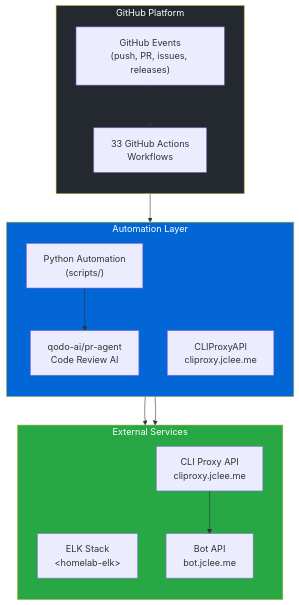
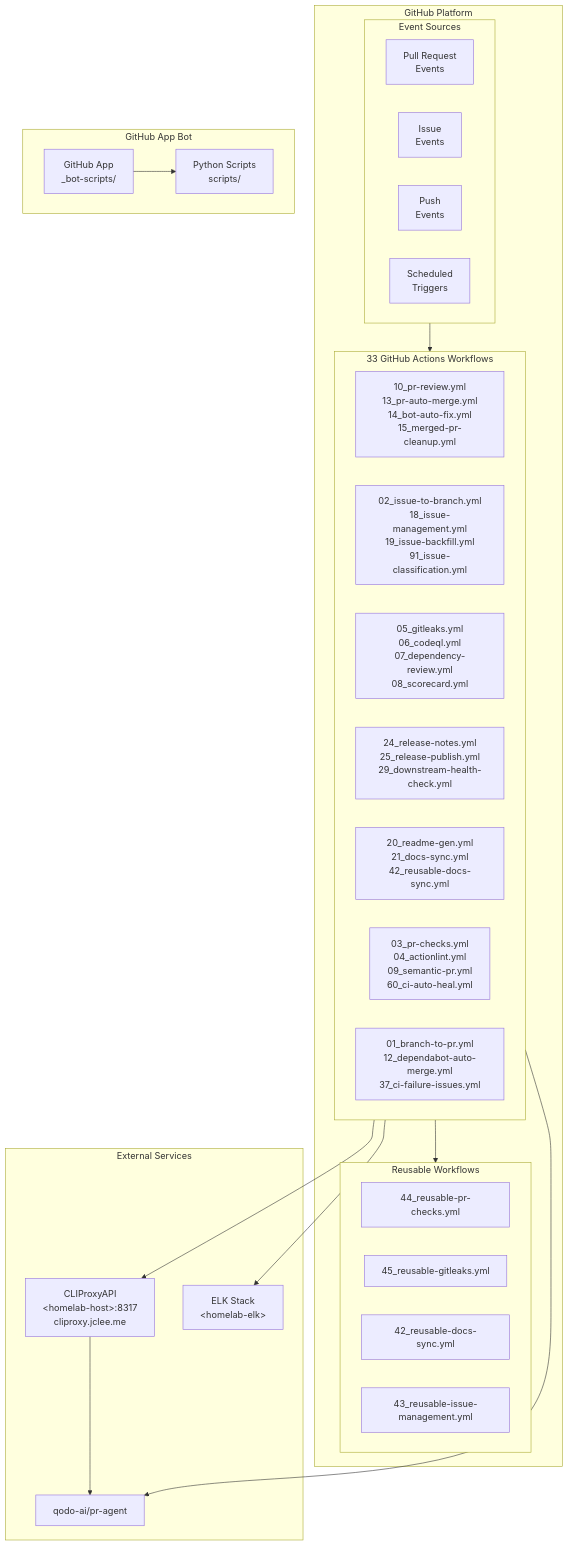
Before and after one commit to jclee941/splunk: the diagram in README.md, drawn with Mermaid. The commit also changed other lines of this file, not shown here.

Commit message:
docs: auto-update README.md

````diff
--- a/README.md
+++ b/README.md
@@ -95,33 +89,47 @@
 ```mermaid
 flowchart TB
     subgraph GitHub["GitHub Platform"]
-        direction TB
-        Events["GitHub Events<br/>(push, PR, issues, releases)"]
-        Workflows["33 GitHub Actions<br/>Workflows"]
+        subgraph Events["Event Sources"]
+            PR["Pull Request<br/>Events"]
+            Issue["Issue<br/>Events"]
+            Push["Push<br/>Events"]
+            Schedule["Scheduled<br/>Triggers"]
+        end
+
+        subgraph Workflows["33 GitHub Actions Workflows"]
+            PR_WF["10_pr-review.yml<br/>13_pr-auto-merge.yml<br/>14_bot-auto-fix.yml<br/>15_merged-pr-cleanup.yml"]
+            Issue_WF["02_issue-to-branch.yml<br/>18_issue-management.yml<br/>19_issue-backfill.yml<br/>91_issue-classification.yml"]
+            Security_WF["05_gitleaks.yml<br/>06_codeql.yml<br/>07_dependency-review.yml<br/>08_scorecard.yml"]
+            Release_WF["24_release-notes.yml<br/>25_release-publish.yml<br/>29_downstream-health-check.yml"]
+            Docs_WF["20_readme-gen.yml<br/>21_docs-sync.yml<br/>42_reusable-docs-sync.yml"]
+            CI_WF["03_pr-checks.yml<br/>04_actionlint.yml<br/>09_semantic-pr.yml<br/>60_ci-auto-heal.yml"]
+            Special_WF["01_branch-to-pr.yml<br/>12_dependabot-auto-merge.yml<br/>37_ci-failure-issues.yml"]
+        end
+
+        subgraph Reusable["Reusable Workflows"]
+            RW_PR["44_reusable-pr-checks.yml"]
+            RW_Gitleaks["45_reusable-gitleaks.yml"]
+            RW_Docs["42_reusable-docs-sync.yml"]
+            RW_Issue["43_reusable-issue-management.yml"]
+        end
     end
 
-    subgraph AutomationLayer["Automation Layer"]
-        direction TB
-        PythonScripts["Python Automation<br/>(scripts/)"]
-        PRAgent["qodo-ai/pr-agent<br/>Code Review AI"]
-        CLIAutomation["CLIProxyAPI<br/>cliproxy.jclee.me"]
+    subgraph External["External Services"]
+        CLIP["CLIProxyAPI<br/>&lt;homelab-host&gt;:8317<br/>cliproxy.jclee.me"]
+        PRA["qodo-ai/pr-agent"]
+        ELK["ELK Stack<br/>&lt;homelab-elk&gt;"]
     end
 
-    subgraph ExternalServices["External Services"]
-        direction TB
-        ELK["ELK Stack<br/>&lt;homelab-elk&gt;"]
-        BotAPI["Bot API<br/>bot.jclee.me"]
-        ProxyAPI["CLI Proxy API<br/>cliproxy.jclee.me"]
+    subgraph Bot["GitHub App Bot"]
+        App["GitHub App<br/>_bot-scripts/"]
+        Scripts["Python Scripts<br/>scripts/"]
     end
 
     Events --> Workflows
-    Workflows --> PythonScripts
-    PythonScripts --> PRAgent
-    PythonScripts --> ProxyAPI
-    ProxyAPI --> BotAPI
-    PythonScripts --> ELK
-
-    style GitHub fill:#24292f,color:#fff
-    style AutomationLayer fill:#0366d6,color:#fff
-    style ExternalServices fill:#28a745,color:#fff
+    Workflows --> Reusable
+    Workflows --> CLIP
+    Workflows --> PRA
+    Workflows --> ELK
+    App --> Scripts
+    CLIP --> PRA
 ```
````
